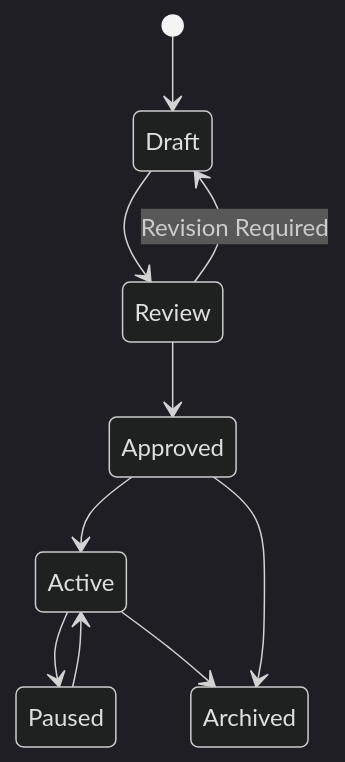
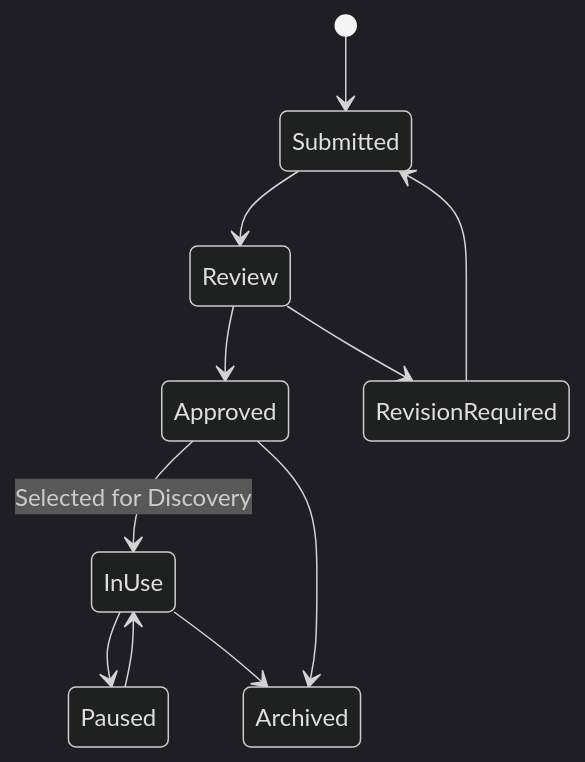
Before and after one commit to petkao/pinkcurve-blueprint: the third of 3 diagrams in docs/05-creative-studio.md, drawn with Mermaid (dark theme). The commit also changed other lines of this file and 4 other files, not shown here.

Commit message:
Align Discovery architecture across blueprint chapters

````diff
--- a/docs/05-creative-studio.md
+++ b/docs/05-creative-studio.md
@@ -610,12 +707,15 @@
 ```mermaid
 stateDiagram-v2
-    [*] --> Draft
-    Draft --> Review
+    [*] --> Submitted
+    Submitted --> Review
     Review --> Approved
-    Review --> Draft: Revision Required
-    Approved --> Active
-    Active --> Paused
-    Paused --> Active
-    Active --> Archived
+    Review --> RevisionRequired
+    RevisionRequired --> Submitted
+
+    Approved --> InUse: Selected for Discovery
+    InUse --> Paused
+    Paused --> InUse
+
+    InUse --> Archived
     Approved --> Archived
 ```
````
